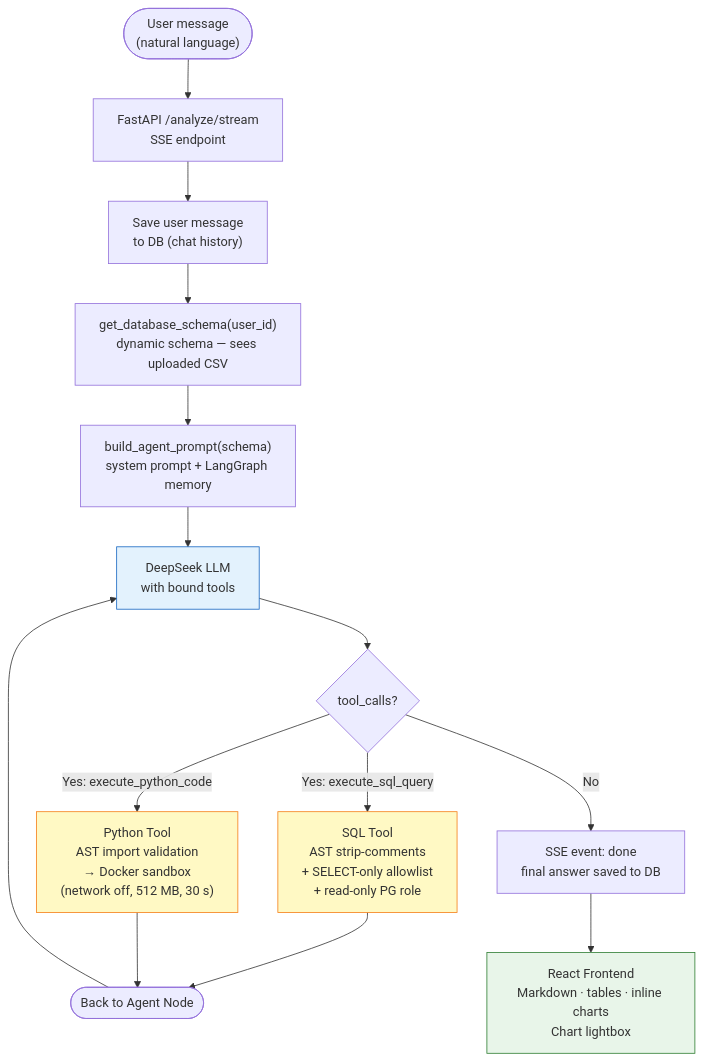
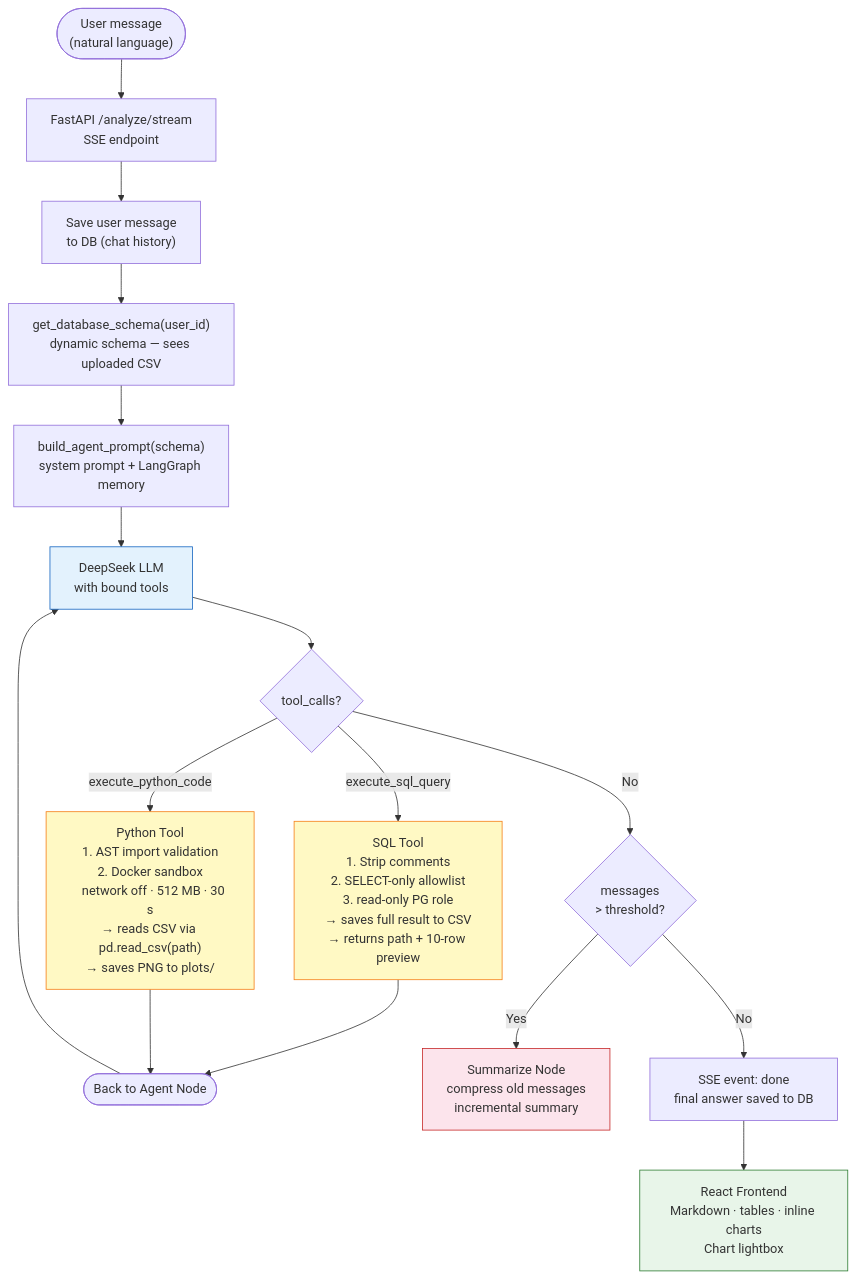
The second of 2 diagrams in README.md (ChernyackovEugeny/LLM_Data_Analyst_Agent), drawn with Mermaid before and after one commit. The commit also changed other lines of this file and 9 other files, not shown here.

Commit message:
new memory, saving sql result as file

````diff
--- a/README.md
+++ b/README.md
@@ -276,26 +323,29 @@
 ```mermaid
 flowchart TD
     U(["User message\n(natural language)"])
     U --> API["FastAPI /analyze/stream\nSSE endpoint"]
     API --> Persist["Save user message\nto DB (chat history)"]
     Persist --> Schema["get_database_schema(user_id)\ndynamic schema — sees uploaded CSV"]
     Schema --> Prompt["build_agent_prompt(schema)\nsystem prompt + LangGraph memory"]
     Prompt --> LLM["DeepSeek LLM\nwith bound tools"]
 
     LLM --> D{tool_calls?}
 
-    D -- "Yes: execute_sql_query" --> SQL["SQL Tool\nAST strip-comments\n+ SELECT-only allowlist\n+ read-only PG role"]
-    D -- "Yes: execute_python_code" --> Py["Python Tool\nAST import validation\n→ Docker sandbox\n(network off, 512 MB, 30 s)"]
+    D -- "execute_sql_query" --> SQL["SQL Tool\n1. Strip comments\n2. SELECT-only allowlist\n3. read-only PG role\n→ saves full result to CSV\n→ returns path + 10-row preview"]
+    D -- "execute_python_code" --> Py["Python Tool\n1. AST import validation\n2. Docker sandbox\n   network off · 512 MB · 30 s\n→ reads CSV via pd.read_csv(path)\n→ saves PNG to plots/"]
 
     SQL --> Back(["Back to Agent Node"])
     Py --> Back
     Back --> LLM
 
-    D -- No --> Done["SSE event: done\nfinal answer saved to DB"]
+    D -- No --> Summarize{messages\n> threshold?}
+    Summarize -- Yes --> Sum["Summarize Node\ncompress old messages\nincremental summary"]
+    Summarize -- No --> Done["SSE event: done\nfinal answer saved to DB"]
     Done --> FE["React Frontend\nMarkdown · tables · inline charts\nChart lightbox"]
 
     style SQL fill:#FFF9C4,stroke:#F57F17
     style Py fill:#FFF9C4,stroke:#F57F17
     style LLM fill:#E3F2FD,stroke:#1565C0
     style FE fill:#E8F5E9,stroke:#2E7D32
+    style Sum fill:#FCE4EC,stroke:#C62828
 ```
````
